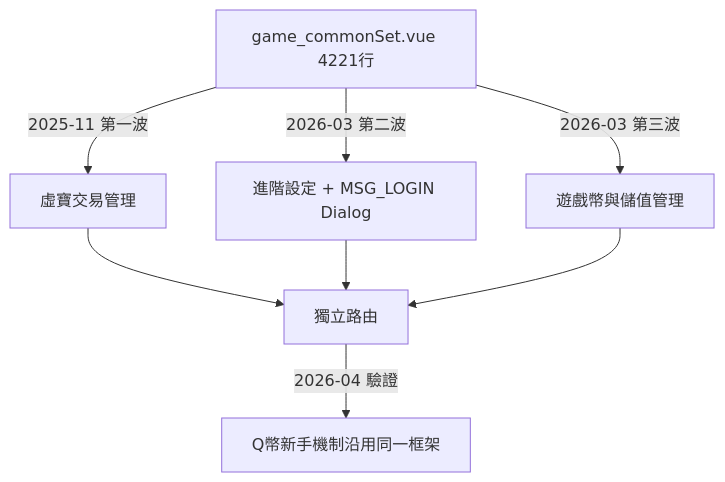
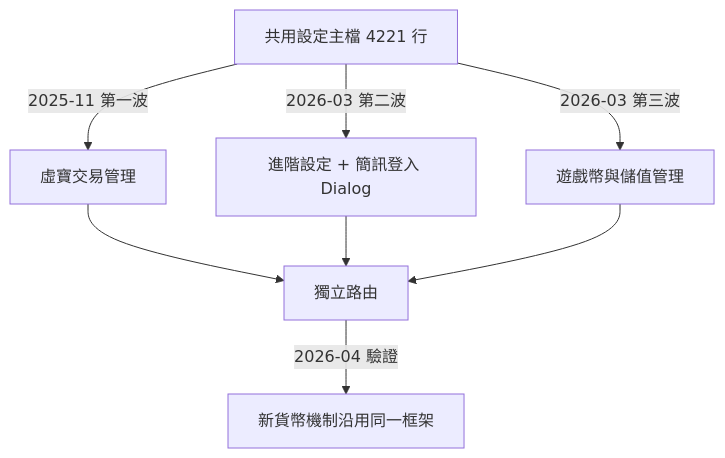
One commit to leemengju/leemengju.github.io changed the diagram in src/content/projects/commonset-modularization.md. Above: the diagram before and after it, drawn with Mermaid. The commit also changed other lines of this file and 15 other files, not shown here.

````diff
--- a/src/content/projects/commonset-modularization.md
+++ b/src/content/projects/commonset-modularization.md
@@ -33,10 +64,10 @@
 ```mermaid
 graph TD
-  A[game_commonSet.vue 4221行] -->|2025-11 第一波| B[虛寶交易管理]
-  A -->|2026-03 第二波| C[進階設定 + MSG_LOGIN Dialog]
+  A[共用設定主檔 4221 行] -->|2025-11 第一波| B[虛寶交易管理]
+  A -->|2026-03 第二波| C[進階設定 + 簡訊登入 Dialog]
   A -->|2026-03 第三波| D[遊戲幣與儲值管理]
   B --> E[獨立路由]
   C --> E
   D --> E
-  E -->|2026-04 驗證| F[Q幣新手機制沿用同一框架]
+  E -->|2026-04 驗證| F[新貨幣機制沿用同一框架]
 ```
````
